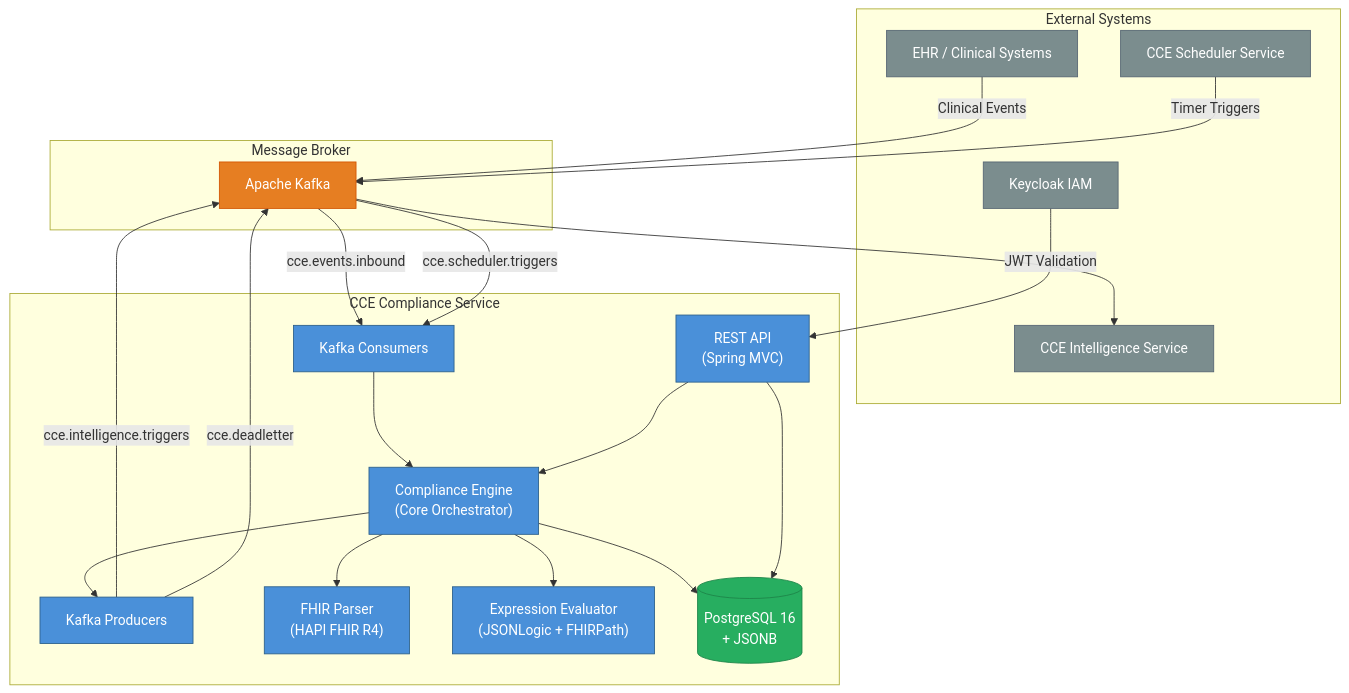
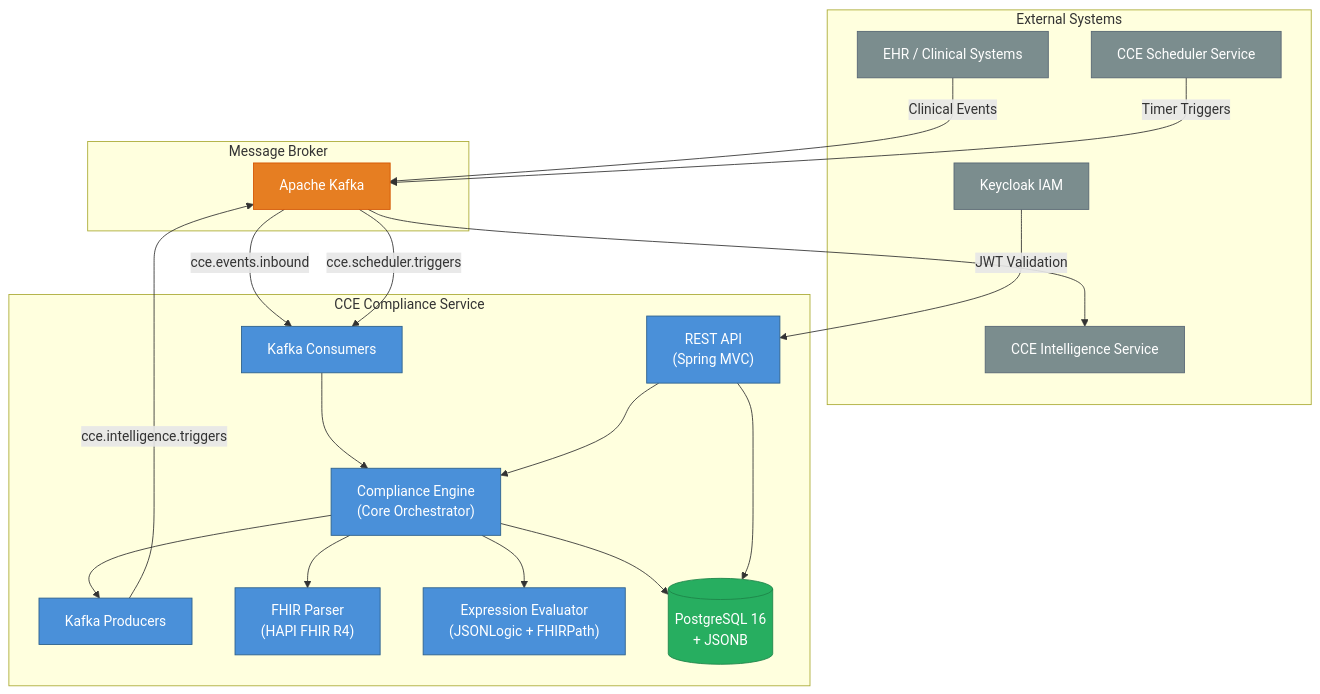
The first of 2 diagrams in docs/architecture-overview.md (Jayaprakash8887/cce-compliance-service), drawn with Mermaid before and after one commit. The commit also changed other lines of this file and 6 other files, not shown here.

````diff
--- a/docs/architecture-overview.md
+++ b/docs/architecture-overview.md
@@ -7,49 +7,48 @@
 ```mermaid
 graph TB
     subgraph External Systems
         EHR["EHR / Clinical Systems"]
         SCHEDULER["CCE Scheduler Service"]
         INTEL["CCE Intelligence Service"]
         KEYCLOAK["Keycloak IAM"]
     end
 
     subgraph CCE Compliance Service
         API["REST API<br/>(Spring MVC)"]
         ENGINE["Compliance Engine<br/>(Core Orchestrator)"]
         KAFKA_C["Kafka Consumers"]
         KAFKA_P["Kafka Producers"]
         FHIR["FHIR Parser<br/>(HAPI FHIR R4)"]
         EXPR["Expression Evaluator<br/>(JSONLogic + FHIRPath)"]
         DB[("PostgreSQL 16<br/>+ JSONB")]
     end
 
     subgraph Message Broker
         KAFKA["Apache Kafka"]
     end
 
     EHR -->|"Clinical Events"| KAFKA
     SCHEDULER -->|"Timer Triggers"| KAFKA
     KAFKA -->|"cce.events.inbound"| KAFKA_C
     KAFKA -->|"cce.scheduler.triggers"| KAFKA_C
     KAFKA_C --> ENGINE
     ENGINE --> FHIR
     ENGINE --> EXPR
     ENGINE --> DB
     ENGINE --> KAFKA_P
     KAFKA_P -->|"cce.intelligence.triggers"| KAFKA
-    KAFKA_P -->|"cce.deadletter"| KAFKA
     KAFKA --> INTEL
     API --> ENGINE
     API --> DB
     KEYCLOAK -->|"JWT Validation"| API
 
     classDef service fill:#4A90D9,stroke:#2C5F8A,color:white
     classDef external fill:#7B8D8E,stroke:#566573,color:white
     classDef data fill:#27AE60,stroke:#1E8449,color:white
     classDef broker fill:#E67E22,stroke:#D35400,color:white
 
     class API,ENGINE,KAFKA_C,KAFKA_P,FHIR,EXPR service
     class EHR,SCHEDULER,INTEL,KEYCLOAK external
     class DB data
     class KAFKA broker
 ```
````
